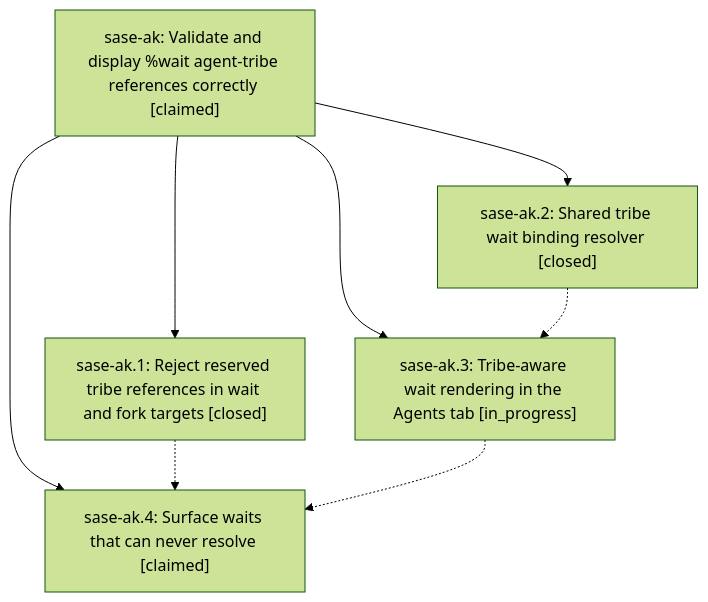
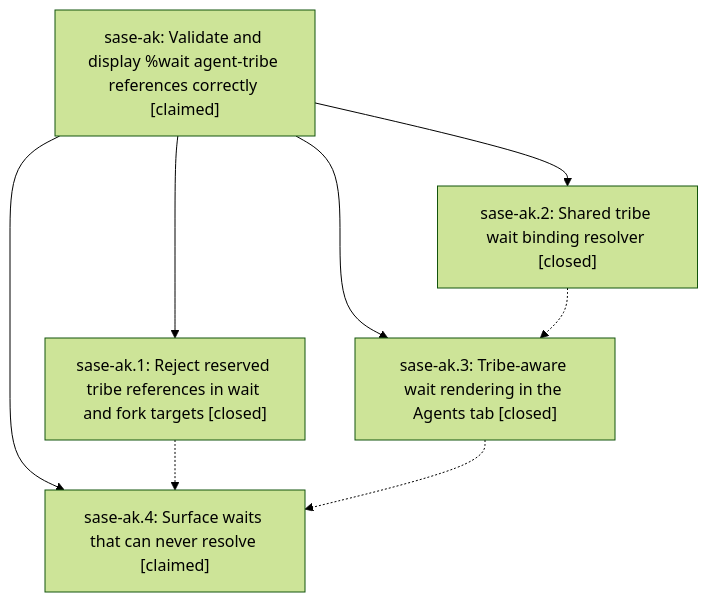
One commit to sase-org/sase--beads changed the diagram in pages/sase-ak/README.md. Above: the diagram before and after it, drawn with Mermaid (forest theme). The commit also changed other lines of this file and 4 other files, not shown here.

````diff
--- a/pages/sase-ak/README.md
+++ b/pages/sase-ak/README.md
@@ -25,15 +25,15 @@
 ```mermaid
 flowchart TD
     n0["sase-ak: Validate and display %wait agent-tribe references correctly [claimed]"]
     n1["sase-ak.1: Reject reserved tribe references in wait and fork targets [closed]"]
     n2["sase-ak.2: Shared tribe wait binding resolver [closed]"]
-    n3["sase-ak.3: Tribe-aware wait rendering in the Agents tab [in_progress]"]
+    n3["sase-ak.3: Tribe-aware wait rendering in the Agents tab [closed]"]
     n4["sase-ak.4: Surface waits that can never resolve [claimed]"]
     n0 --> n1
     n0 --> n2
     n0 --> n3
     n0 --> n4
     n1 -.-> n4
     n2 -.-> n3
     n3 -.-> n4
 ```
````
